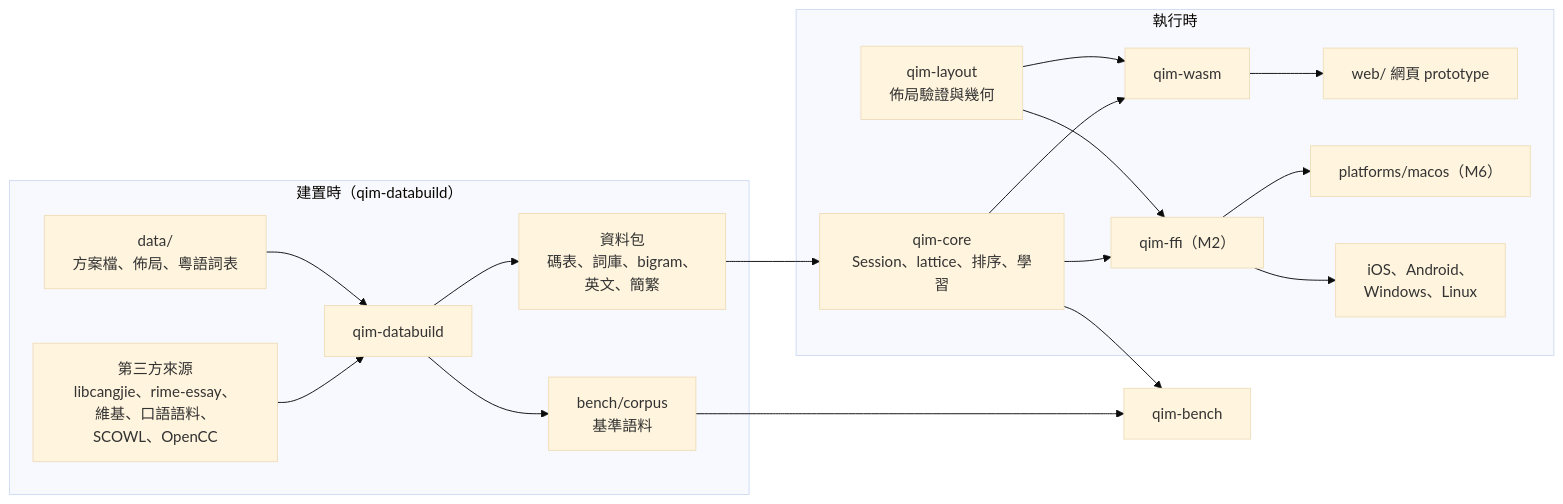
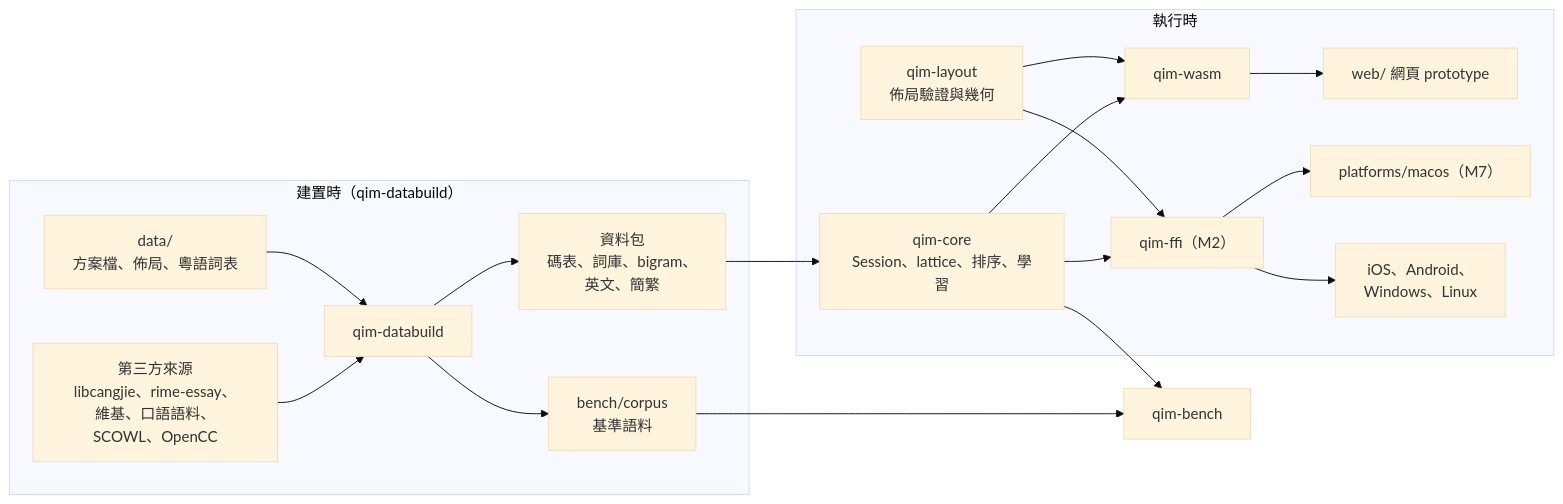
The first of 2 diagrams in docs/plan.md (1morr/QIM), drawn with Mermaid (base theme) before and after one commit. The commit also changed other lines of this file and 12 other files, not shown here.

````diff
--- a/docs/plan.md
+++ b/docs/plan.md
@@ -43,30 +43,30 @@
 ```mermaid
 flowchart LR
   subgraph Build["建置時（qim-databuild）"]
     Src["第三方來源<br/>libcangjie、rime-essay、<br/>維基、口語語料、SCOWL、OpenCC"] --> DB["qim-databuild"]
     Own["data/<br/>方案檔、佈局、粵語詞表"] --> DB
     DB --> Packs["資料包<br/>碼表、詞庫、bigram、<br/>英文、簡繁"]
     DB --> Corpus["bench/corpus<br/>基準語料"]
   end
 
   subgraph Runtime["執行時"]
     Core["qim-core<br/>Session、lattice、排序、學習"]
     Layout["qim-layout<br/>佈局驗證與幾何"]
     Wasm["qim-wasm"]
     Ffi["qim-ffi（M2）"]
     Web["web/ 網頁 prototype"]
-    Mac["platforms/macos（M6）"]
+    Mac["platforms/macos（M7）"]
     Others["iOS、Android、<br/>Windows、Linux"]
   end
 
   Packs --> Core
   Core --> Wasm
   Layout --> Wasm
   Core --> Ffi
   Layout --> Ffi
   Wasm --> Web
   Ffi --> Mac
   Ffi --> Others
   Corpus --> Bench["qim-bench"]
   Core --> Bench
 ```
````
